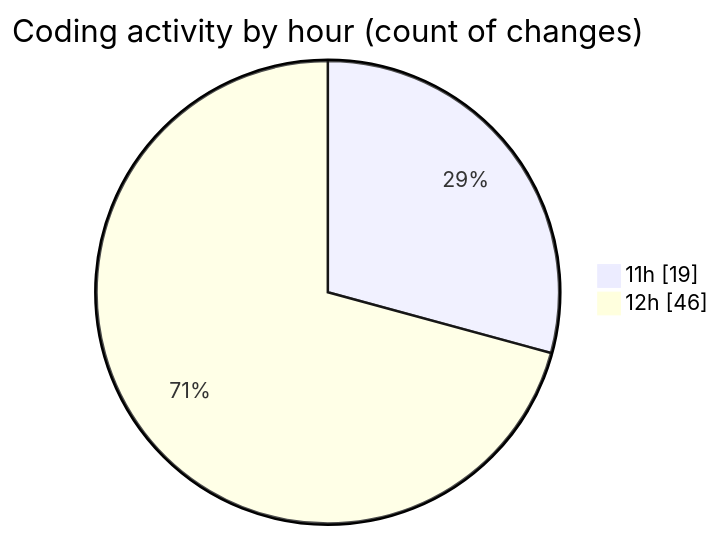
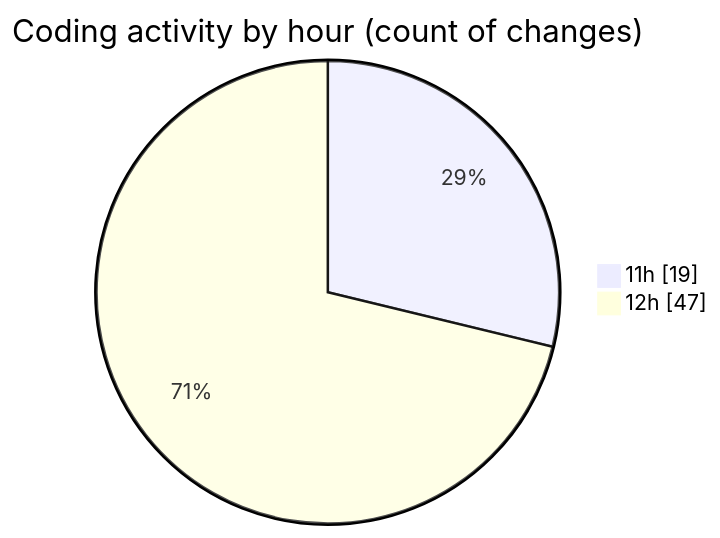
One commit to Ritupan-Deka/code-tracking changed the second of 2 diagrams in 2025-10-20/scopecraft/README.md. Above: the diagram before and after it, drawn with Mermaid. The commit also changed other lines of this file and 1 other file, not shown here.

````diff
--- a/2025-10-20/scopecraft/README.md
+++ b/2025-10-20/scopecraft/README.md
@@ -38,6 +38,6 @@
 ```mermaid
 pie showData
 title Coding activity by hour (count of changes)
 "11h" : 19
-"12h" : 46
+"12h" : 47
 ```
````
